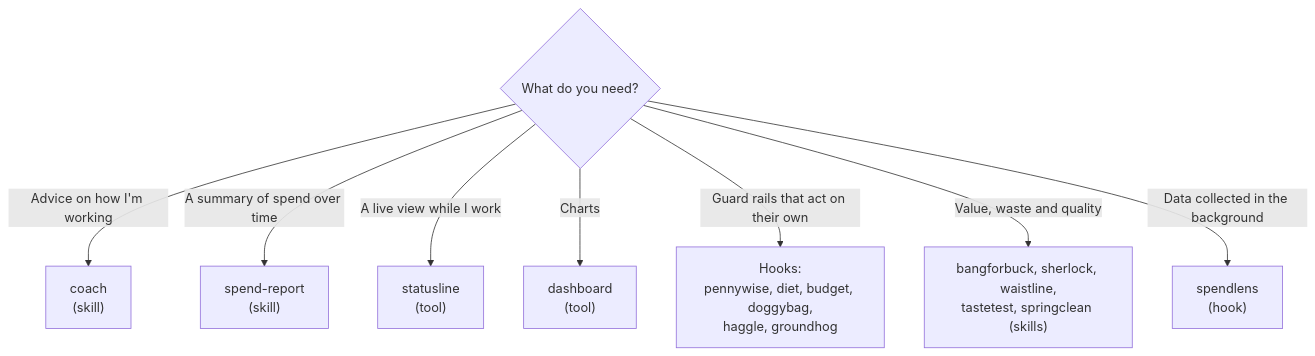
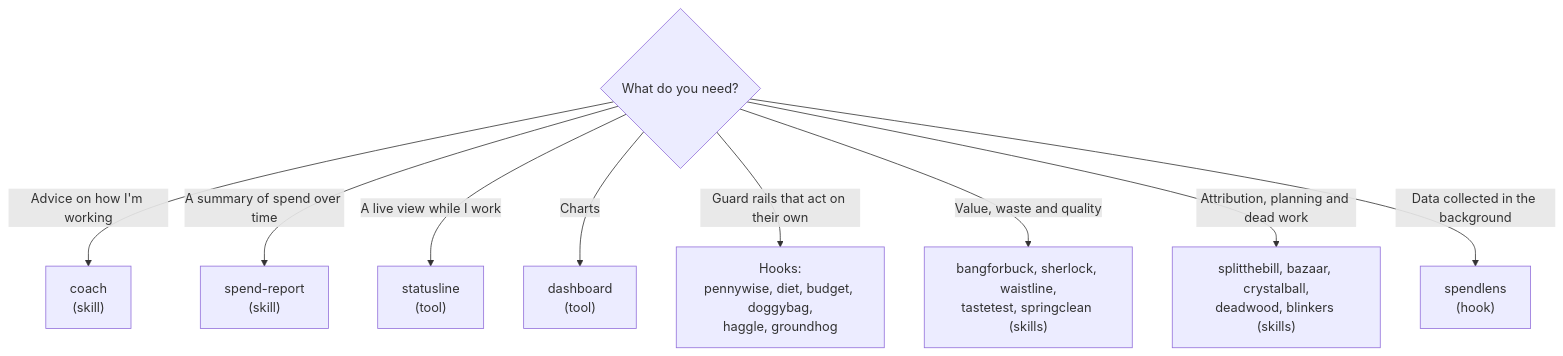
One commit to andrew44/tokenomics changed the first of 2 diagrams in docs/skills-tools-and-hooks.md. Above: the diagram before and after it, drawn with Mermaid. The commit also changed other lines of this file and 42 other files, not shown here.

````diff
--- a/docs/skills-tools-and-hooks.md
+++ b/docs/skills-tools-and-hooks.md
@@ -42,10 +47,11 @@
 ```mermaid
 flowchart TD
     Q{"What do you need?"} -->|"Advice on how I'm working"| CF["coach<br/>(skill)"]
     Q -->|"A summary of spend over time"| SR["spend-report<br/>(skill)"]
     Q -->|"A live view while I work"| SB["statusline<br/>(tool)"]
     Q -->|"Charts"| DB["dashboard<br/>(tool)"]
     Q -->|"Guard rails that act on their own"| H["Hooks:<br/>pennywise, diet, budget, doggybag,<br/>haggle, groundhog"]
     Q -->|"Value, waste and quality"| V["bangforbuck, sherlock, waistline,<br/>tastetest, springclean (skills)"]
+    Q -->|"Attribution, planning and dead work"| I["splitthebill, bazaar, crystalball,<br/>deadwood, blinkers (skills)"]
     Q -->|"Data collected in the background"| SL["spendlens<br/>(hook)"]
 ```
````
